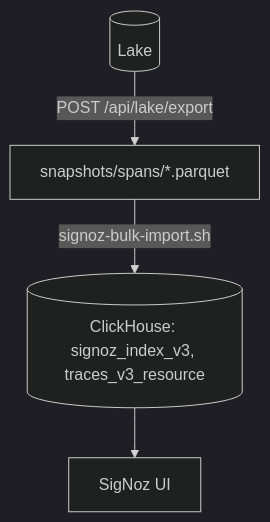
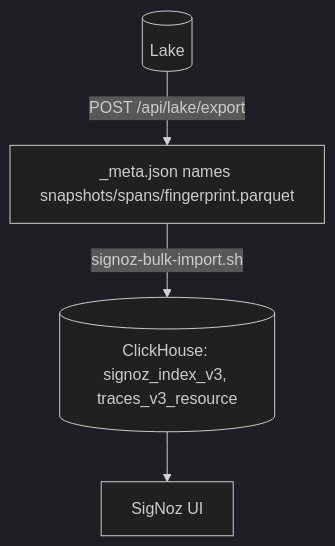
One commit to mwigge/tumult changed the diagram in docs/guides/signoz-bulk-import.md. Above: the diagram before and after it, drawn with Mermaid (dark theme). The commit also changed other lines of this file and 29 other files, not shown here.

````diff
--- a/docs/guides/signoz-bulk-import.md
+++ b/docs/guides/signoz-bulk-import.md
@@ -16,8 +16,8 @@
 ```mermaid
 flowchart TD
     accTitle: SigNoz bulk import
-    accDescr: The daemon exports the lake to Parquet. The script reads the spans snapshot and inserts it into the SigNoz index and resource tables in ClickHouse.
-    A[(Lake)] -- "POST /api/lake/export" --> B["snapshots/spans/*.parquet"]
+    accDescr: The daemon exports the lake to Parquet. The script reads the spans snapshot that _meta.json names and inserts it into the SigNoz index and resource tables in ClickHouse.
+    A[(Lake)] -- "POST /api/lake/export" --> B["_meta.json names snapshots/spans/fingerprint.parquet"]
     B -- "signoz-bulk-import.sh" --> C[("ClickHouse: signoz_index_v3, traces_v3_resource")]
     C --> D[SigNoz UI]
 ```
````
